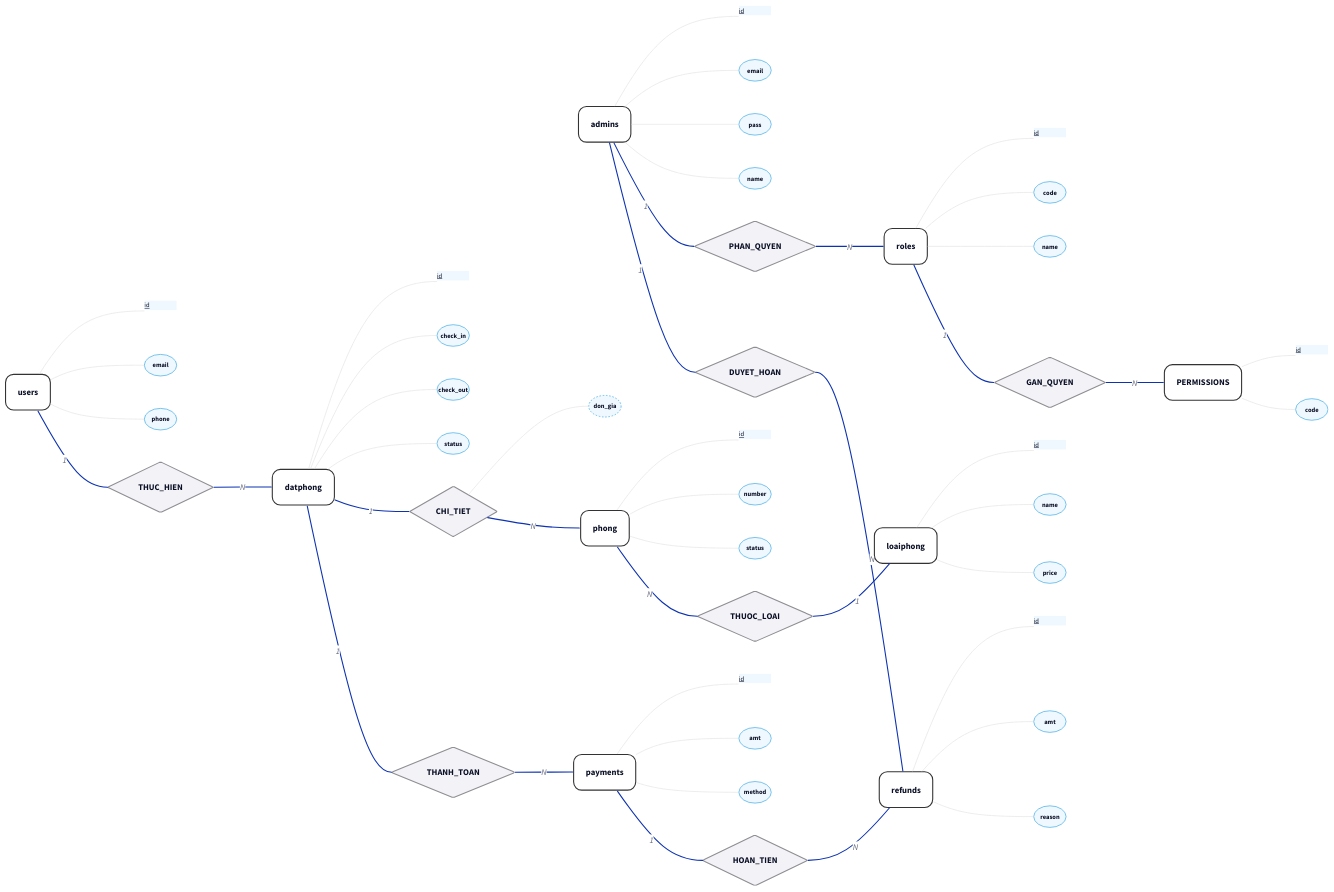
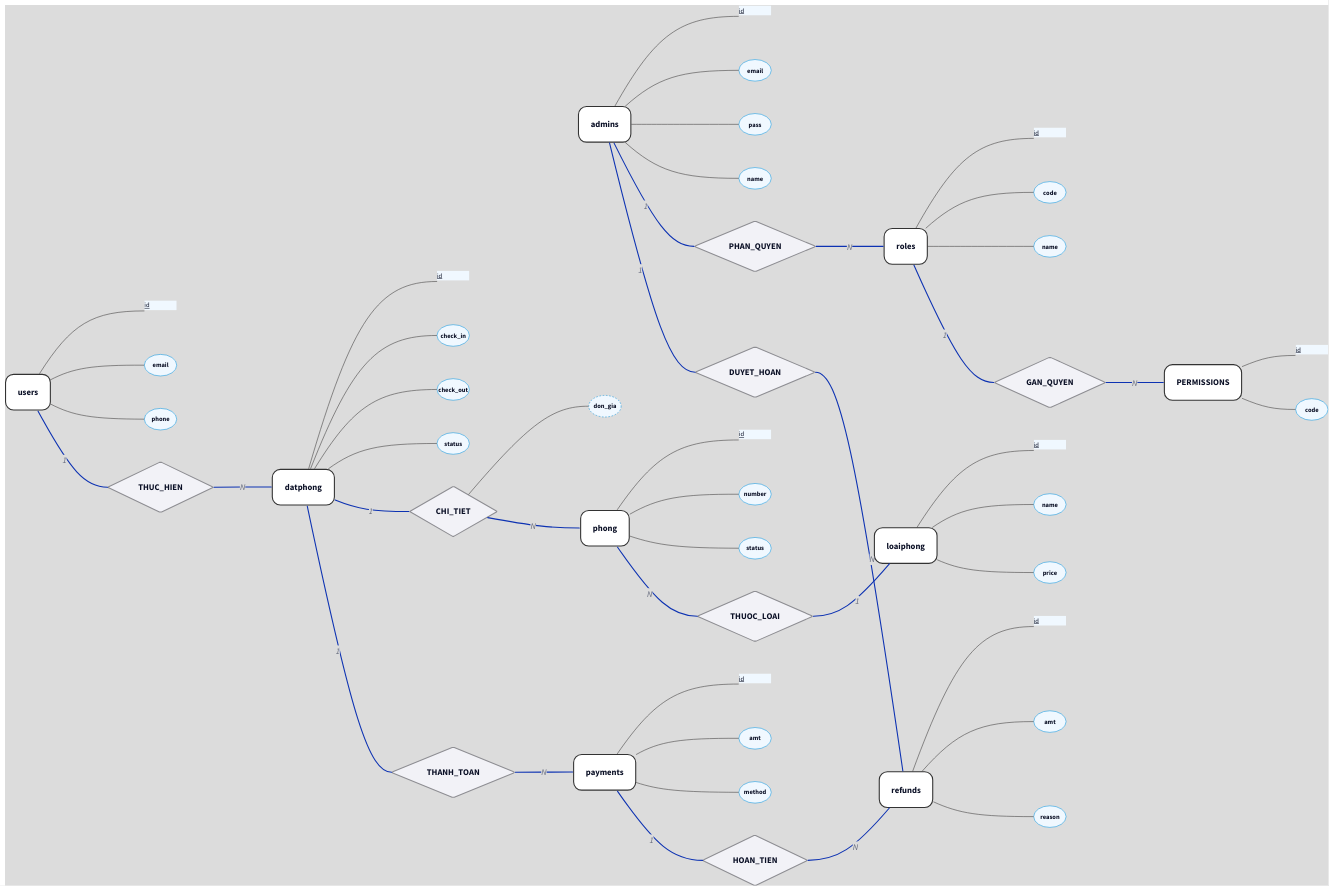
One commit to sam-uit/typst-report-template changed the diagram in content/er.d2. Above: the diagram before and after it, drawn with D2.

```diff
--- a/content/er.d2
+++ b/content/er.d2
@@ -1,178 +1,183 @@
 # Template: D2
 # Author: Sam Dinh
 # Mục đích: Tạo ER Diagram Chen Notation.
 # Trang nguồn: https://d2lang.com/
 # VSCode extension: Terrastruct.d2
 
 direction: right
+
+style: {
+  font: "mono"
+  fill: "#dcdcdc"
+}
 
 # --- 1. CSS STYLES (THEME) ---
 classes: {
   # Thực thể: Chữ nhật bo góc Apple style
   entity: {
     shape: rectangle
     style: {
       border-radius: 15
       stroke-width: 2
       fill: "#FFFFFF"
       stroke: "#333333"
     }
   }
 
   # Thuộc tính: Oval màu xanh nhạt
   attr: {
     shape: oval
     width: 60
     height: 40
     style: {
       fill: "#F0F8FF"
       stroke: "#0d95de"
       stroke-width: 1
       font-size: 12
     }
   }
 
   # Quan hệ: Hình thoi
   rel: {
     shape: diamond
     style: {
       fill: "#F2F2F7"
       stroke: "#8E8E93"
     }
   }
 
   # Đường nối thuộc tính: Màu nhạt
   link_attr: {
     style: {
-      stroke: "#DDDDDD"
+      stroke: "#3a3838"
       stroke-width: 1
     }
   }
 }
 
 # --- 2. DATA MODEL ---
 
 # === AUTH SYSTEM ===
 admins: {class: entity}
 # Attributes
 admin_id: {class: attr; label: |md <u>id</u> |}
 admin_mail: {class: attr; label: email}
 admin_pass: {class: attr; label: pass}
 admin_name: {class: attr; label: name}
 # Connections
 admins -- admin_id: {class: link_attr}
 admins -- admin_mail: {class: link_attr}
 admins -- admin_pass: {class: link_attr}
 admins -- admin_name: {class: link_attr}
 
 roles: {class: entity}
 role_id: {class: attr; label: |md <u>id</u> |}
 role_code: {class: attr; label: code}
 role_name: {class: attr; label: name}
 roles -- role_id: {class: link_attr}
 roles -- role_code: {class: link_attr}
 roles -- role_name: {class: link_attr}
 
 perms: {class: entity; label: PERMISSIONS}
 perm_id: {class: attr; label: |md <u>id</u> |}
 perm_code: {class: attr; label: code}
 perms -- perm_id: {class: link_attr}
 perms -- perm_code: {class: link_attr}
 
 # === BOOKING SYSTEM ===
 users: {class: entity}
 user_id: {class: attr; label: |md <u>id</u> |}
 user_mail: {class: attr; label: email}
 user_phn: {class: attr; label: phone}
 users -- user_id: {class: link_attr}
 users -- user_mail: {class: link_attr}
 users -- user_phn: {class: link_attr}
 
 datphong: {class: entity}
 dp_id: {class: attr; label: |md <u>id</u> |}
 dp_in: {class: attr; label: check_in}
 dp_out: {class: attr; label: check_out}
 dp_stt: {class: attr; label: status}
 datphong -- dp_id: {class: link_attr}
 datphong -- dp_in: {class: link_attr}
 datphong -- dp_out: {class: link_attr}
 datphong -- dp_stt: {class: link_attr}
 
 phong: {class: entity}
 p_id: {class: attr; label: |md <u>id</u> |}
 p_num: {class: attr; label: number}
 p_stt: {class: attr; label: status}
 phong -- p_id: {class: link_attr}
 phong -- p_num: {class: link_attr}
 phong -- p_stt: {class: link_attr}
 
 loaiphong: {class: entity}
 lp_id: {class: attr; label: |md <u>id</u> |}
 lp_name: {class: attr; label: name}
 lp_price: {class: attr; label: price}
 loaiphong -- lp_id: {class: link_attr}
 loaiphong -- lp_name: {class: link_attr}
 loaiphong -- lp_price: {class: link_attr}
 
 # === FINANCE SYSTEM ===
 payments: {class: entity}
 pay_id: {class: attr; label: |md <u>id</u> |}
 pay_amt: {class: attr; label: amt}
 pay_mth: {class: attr; label: method}
 payments -- pay_id: {class: link_attr}
 payments -- pay_amt: {class: link_attr}
 payments -- pay_mth: {class: link_attr}
 
 refunds: {class: entity}
 rf_id: {class: attr; label: |md <u>id</u> |}
 rf_amt: {class: attr; label: amt}
 rf_rsn: {class: attr; label: reason}
 refunds -- rf_id: {class: link_attr}
 refunds -- rf_amt: {class: link_attr}
 refunds -- rf_rsn: {class: link_attr}
 
 # --- 3. RELATIONSHIPS ---
 
 phan_quyen: {class: rel; label: PHAN_QUYEN}
 gan_quyen: {class: rel; label: GAN_QUYEN}
 thuc_hien: {class: rel; label: THUC_HIEN}
 chi_tiet: {class: rel; label: CHI_TIET}
 thuoc_loai: {class: rel; label: THUOC_LOAI}
 thanh_toan: {class: rel; label: THANH_TOAN}
 hoan_tien: {class: rel; label: HOAN_TIEN}
 duyet_hoan: {class: rel; label: DUYET_HOAN}
 
 # Attribute of Relationship
 attr_dongia: {class: attr; label: don_gia; style: {stroke-dash: 3}}
 chi_tiet -- attr_dongia: {class: link_attr}
 
 # --- 4. CONNECTIONS ---
 
 # Admin Flow
 admins -- phan_quyen: 1
 phan_quyen -- roles: N
 
 roles -- gan_quyen: 1
 gan_quyen -- perms: N
 
 # User Flow
 users -- thuc_hien: 1
 thuc_hien -- datphong: N
 
 # Room Flow
 datphong -- chi_tiet: 1
 chi_tiet -- phong: N
 
 phong -- thuoc_loai: N
 thuoc_loai -- loaiphong: 1
 
 # Payment Flow
 datphong -- thanh_toan: 1
 thanh_toan -- payments: N
 
 payments -- hoan_tien: 1
 hoan_tien -- refunds: N
 
 # Approval Flow
 admins -- duyet_hoan: 1
 duyet_hoan -- refunds: N
```
